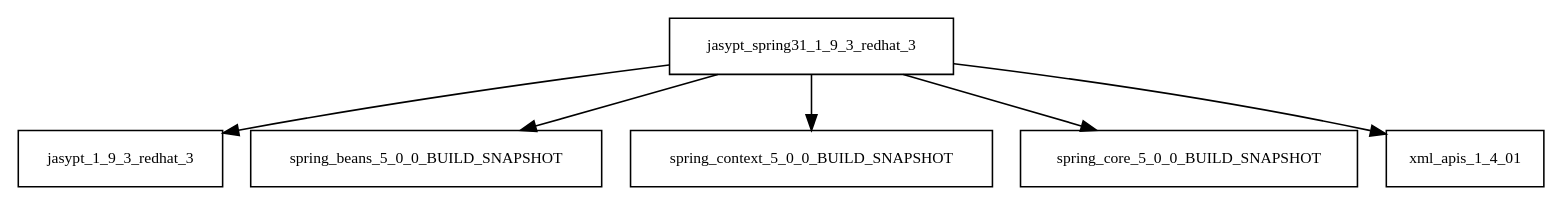
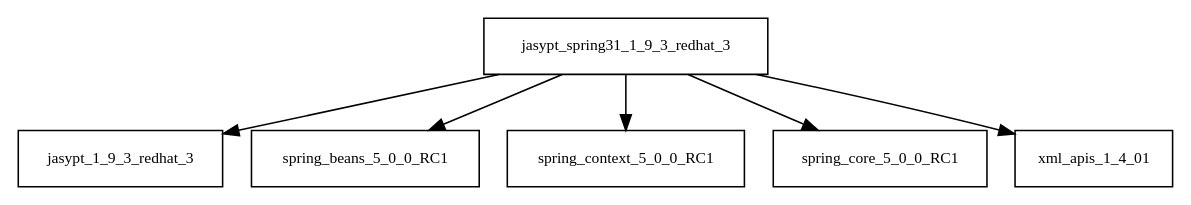
Before and after one commit to AglaianWoman/cia: the diagram in tattleTaleReport/graphviz/jasypt-spring31-1.9.3.redhat_3.jar/jasypt-spring31-1.9.3.redhat_3.jar.dot, drawn with Graphviz. The commit also changed 1892 other files, not shown here.

```diff
--- a/tattleTaleReport/graphviz/jasypt-spring31-1.9.3.redhat_3.jar/jasypt-spring31-1.9.3.redhat_3.jar.dot
+++ b/tattleTaleReport/graphviz/jasypt-spring31-1.9.3.redhat_3.jar/jasypt-spring31-1.9.3.redhat_3.jar.dot
@@ -1,8 +1,8 @@
 digraph jasypt_spring31_1_9_3_redhat_3_dependencies {
   node [shape = box, fontsize=10.0];
   jasypt_spring31_1_9_3_redhat_3 -> jasypt_1_9_3_redhat_3;
-  jasypt_spring31_1_9_3_redhat_3 -> spring_beans_5_0_0_BUILD_SNAPSHOT;
-  jasypt_spring31_1_9_3_redhat_3 -> spring_context_5_0_0_BUILD_SNAPSHOT;
-  jasypt_spring31_1_9_3_redhat_3 -> spring_core_5_0_0_BUILD_SNAPSHOT;
+  jasypt_spring31_1_9_3_redhat_3 -> spring_beans_5_0_0_RC1;
+  jasypt_spring31_1_9_3_redhat_3 -> spring_context_5_0_0_RC1;
+  jasypt_spring31_1_9_3_redhat_3 -> spring_core_5_0_0_RC1;
   jasypt_spring31_1_9_3_redhat_3 -> xml_apis_1_4_01;
 }
```
